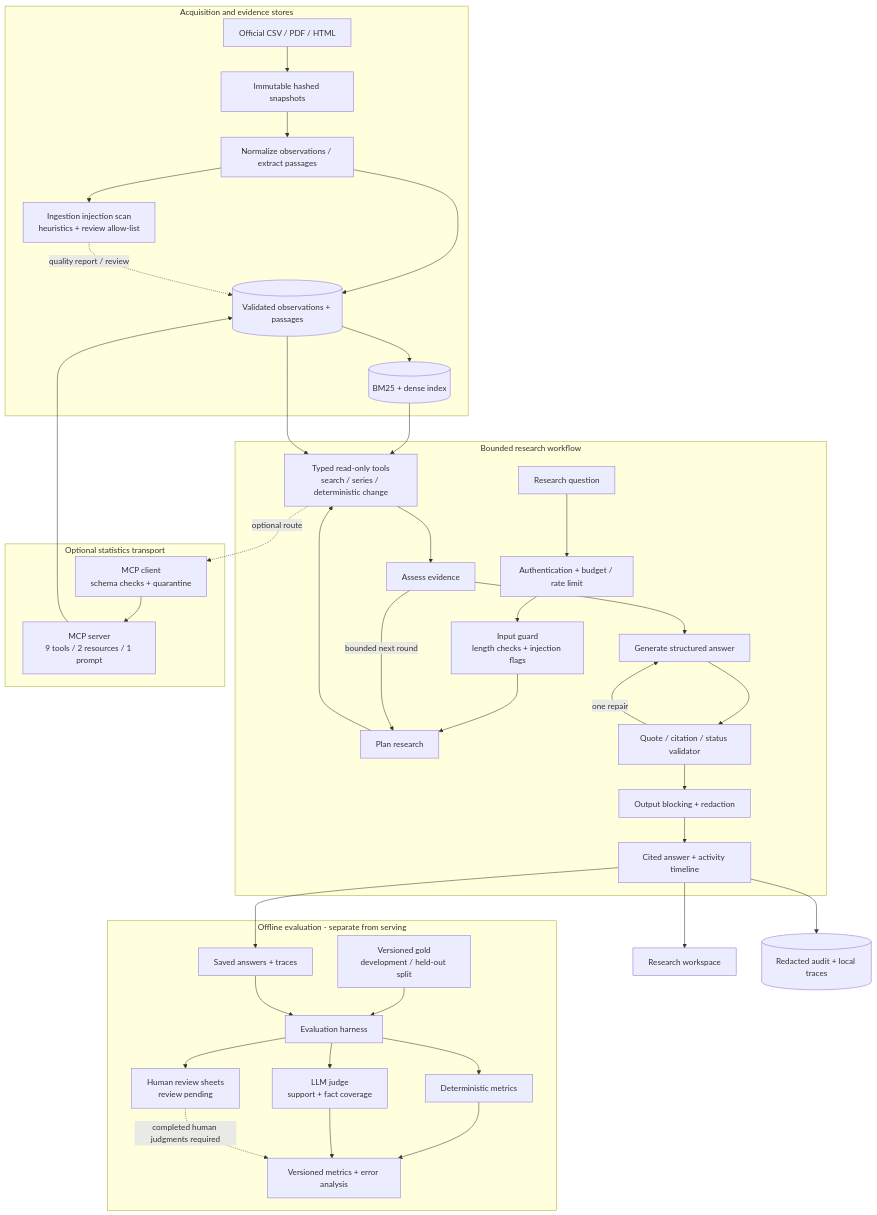
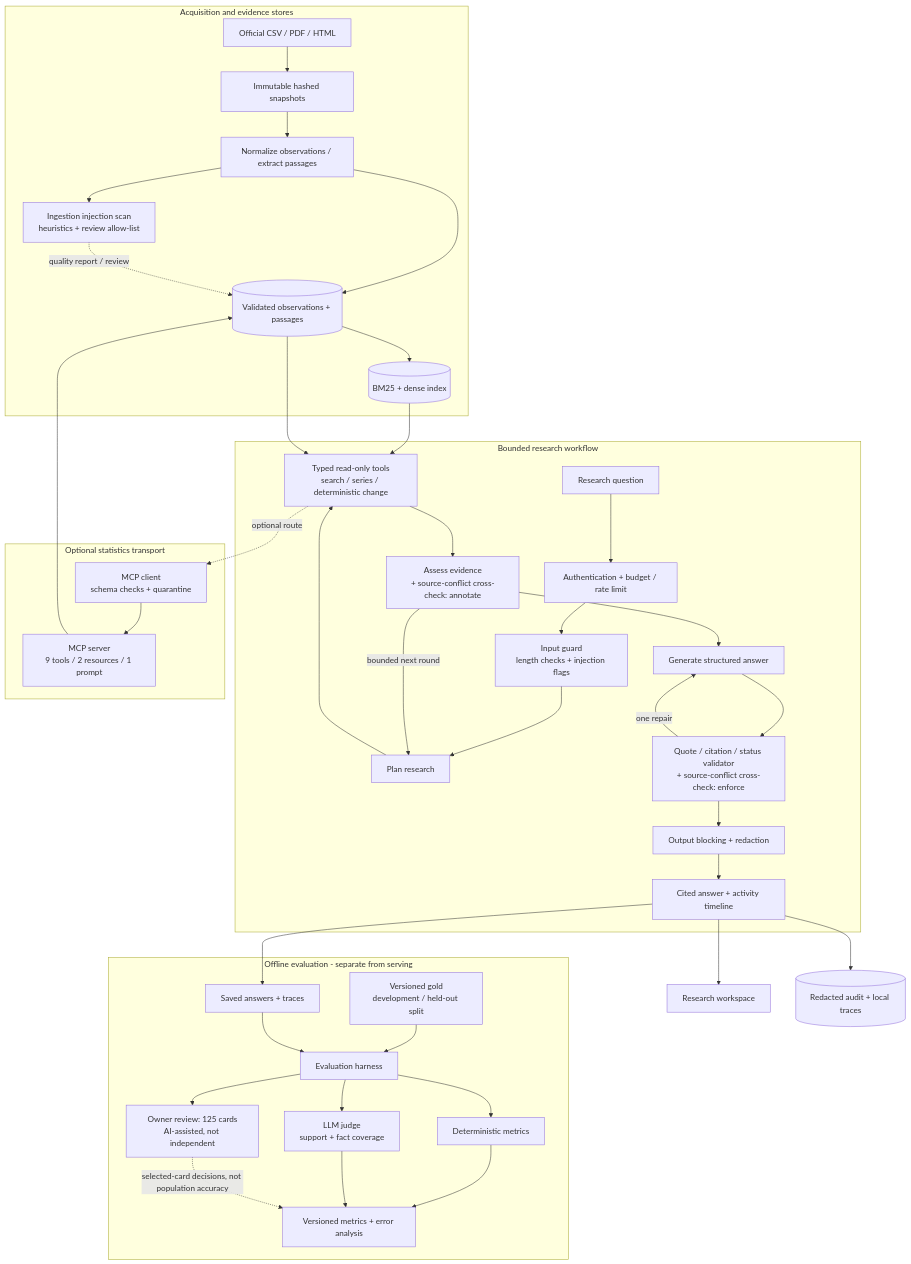
The diagram in docs/architecture.md (mihirkhandekar/labourlens), drawn with Mermaid before and after one commit. The commit also changed other lines of this file and 171 other files, not shown here.

````diff
--- a/docs/architecture.md
+++ b/docs/architecture.md
@@ -22,46 +24,46 @@
 ```mermaid
 flowchart TB
   subgraph Data["Acquisition and evidence stores"]
     SOURCE[Official CSV / PDF / HTML] --> SNAP[Immutable hashed snapshots]
     SNAP --> PARSE[Normalize observations / extract passages]
     PARSE --> SCAN[Ingestion injection scan<br/>heuristics + review allow-list]
     PARSE --> STORE[(Validated observations + passages)]
     STORE --> INDEX[(BM25 + dense index)]
     SCAN -. quality report / review .-> STORE
   end
   subgraph Runtime["Bounded research workflow"]
     USER[Research question] --> ADMIT[Authentication + budget / rate limit]
     ADMIT --> INPUT[Input guard<br/>length checks + injection flags]
     INPUT --> PLAN[Plan research]
     PLAN --> TOOLS[Typed read-only tools<br/>search / series / deterministic change]
-    TOOLS --> ASSESS[Assess evidence]
+    TOOLS --> ASSESS[Assess evidence<br/>+ source-conflict cross-check: annotate]
     ASSESS -->|bounded next round| PLAN
     ASSESS --> ANSWER[Generate structured answer]
-    ANSWER --> VALID[Quote / citation / status validator]
+    ANSWER --> VALID[Quote / citation / status validator<br/>+ source-conflict cross-check: enforce]
     VALID -->|one repair| ANSWER
     VALID --> REDACT[Output blocking + redaction]
     REDACT --> OUT[Cited answer + activity timeline]
   end
   subgraph MCP["Optional statistics transport"]
     CLIENT[MCP client<br/>schema checks + quarantine]
     SERVER[MCP server<br/>9 tools / 2 resources / 1 prompt]
     CLIENT --> SERVER
   end
   subgraph Evaluation["Offline evaluation - separate from serving"]
     GOLD[Versioned gold<br/>development / held-out split] --> HARNESS[Evaluation harness]
     RUNS[Saved answers + traces] --> HARNESS
     HARNESS --> DETER[Deterministic metrics]
     HARNESS --> JUDGE[LLM judge<br/>support + fact coverage]
-    HARNESS --> HUMAN[Human review sheets<br/>review pending]
+    HARNESS --> HUMAN[Owner review: 125 cards<br/>AI-assisted, not independent]
     DETER --> REPORT[Versioned metrics + error analysis]
     JUDGE --> REPORT
-    HUMAN -. completed human judgments required .-> REPORT
+    HUMAN -. selected-card decisions, not population accuracy .-> REPORT
   end
   INDEX --> TOOLS
   STORE --> TOOLS
   TOOLS -. optional route .-> CLIENT
   SERVER --> STORE
   OUT --> RUNS
   OUT --> WEB[Research workspace]
   OUT --> AUDIT[(Redacted audit + local traces)]
 ```
````
